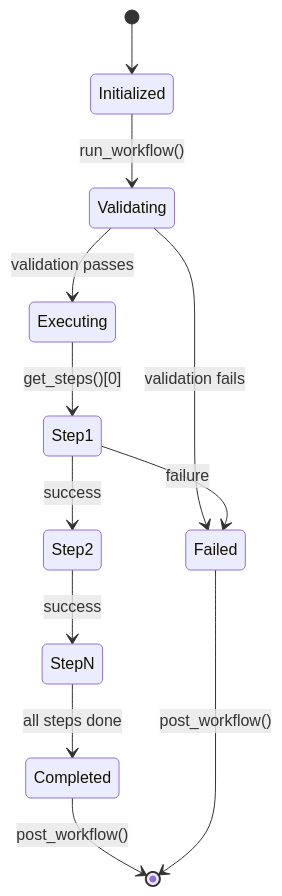
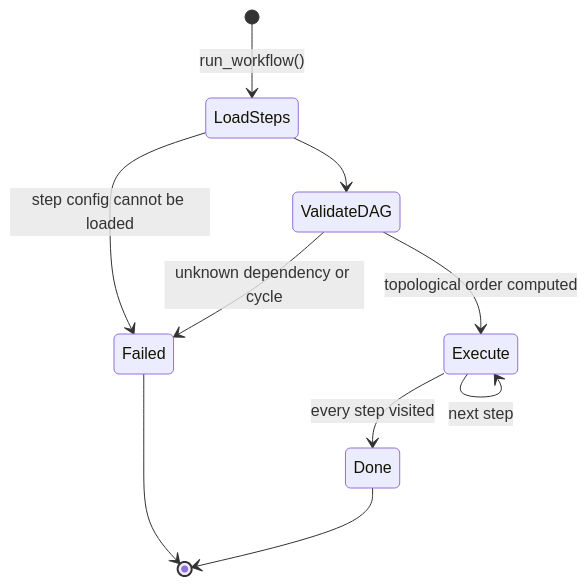
The first of 2 diagrams in docs/core/workflow.md (docxology/MetaInformAnt), drawn with Mermaid before and after one commit. The commit also changed other lines of this file and 532 other files, not shown here.

````diff
--- a/docs/core/workflow.md
+++ b/docs/core/workflow.md
@@ -87,14 +117,12 @@
 ```mermaid
 stateDiagram-v2
-    [*] --> Initialized
-    Initialized --> Validating: run_workflow()
-    Validating --> Failed: validation fails
-    Validating --> Executing: validation passes
-    Executing --> Step1: get_steps()[0]
-    Step1 --> Step2: success
-    Step1 --> Failed: failure
-    Step2 --> StepN: success
-    StepN --> Completed: all steps done
-    Completed --> [*]: post_workflow()
-    Failed --> [*]: post_workflow()
+    [*] --> LoadSteps: run_workflow()
+    LoadSteps --> Failed: step config cannot be loaded
+    LoadSteps --> ValidateDAG
+    ValidateDAG --> Failed: unknown dependency or cycle
+    ValidateDAG --> Execute: topological order computed
+    Execute --> Execute: next step
+    Execute --> Done: every step visited
+    Failed --> [*]
+    Done --> [*]
 ```
````
